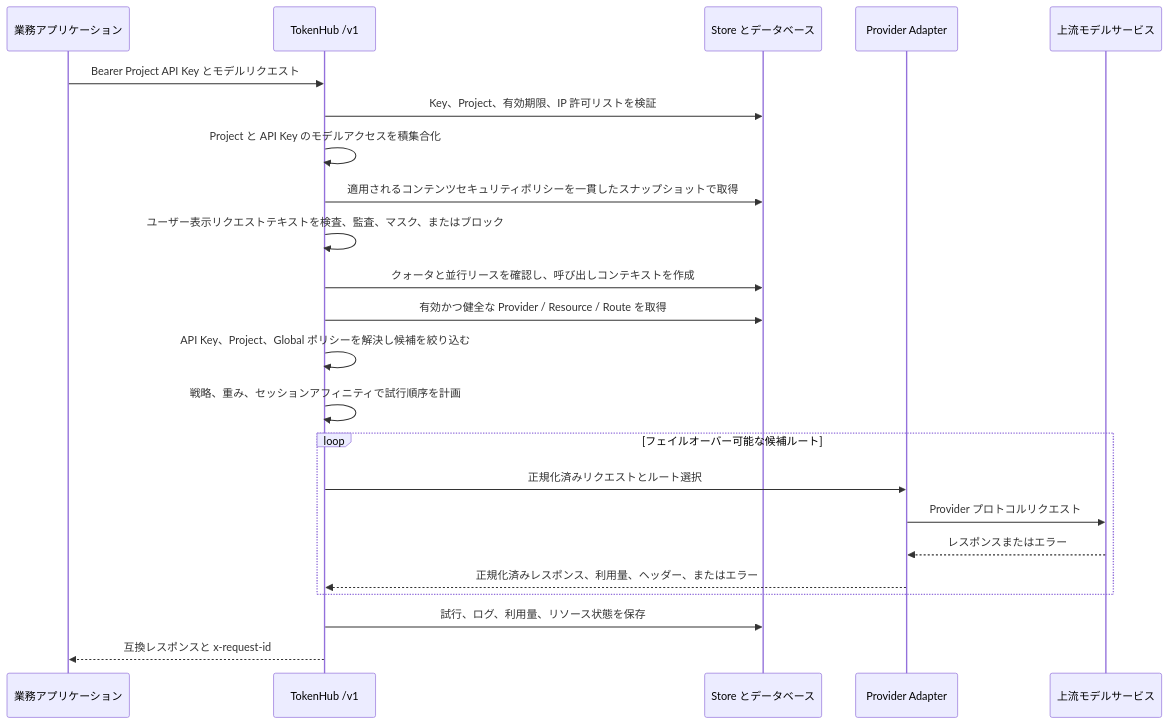
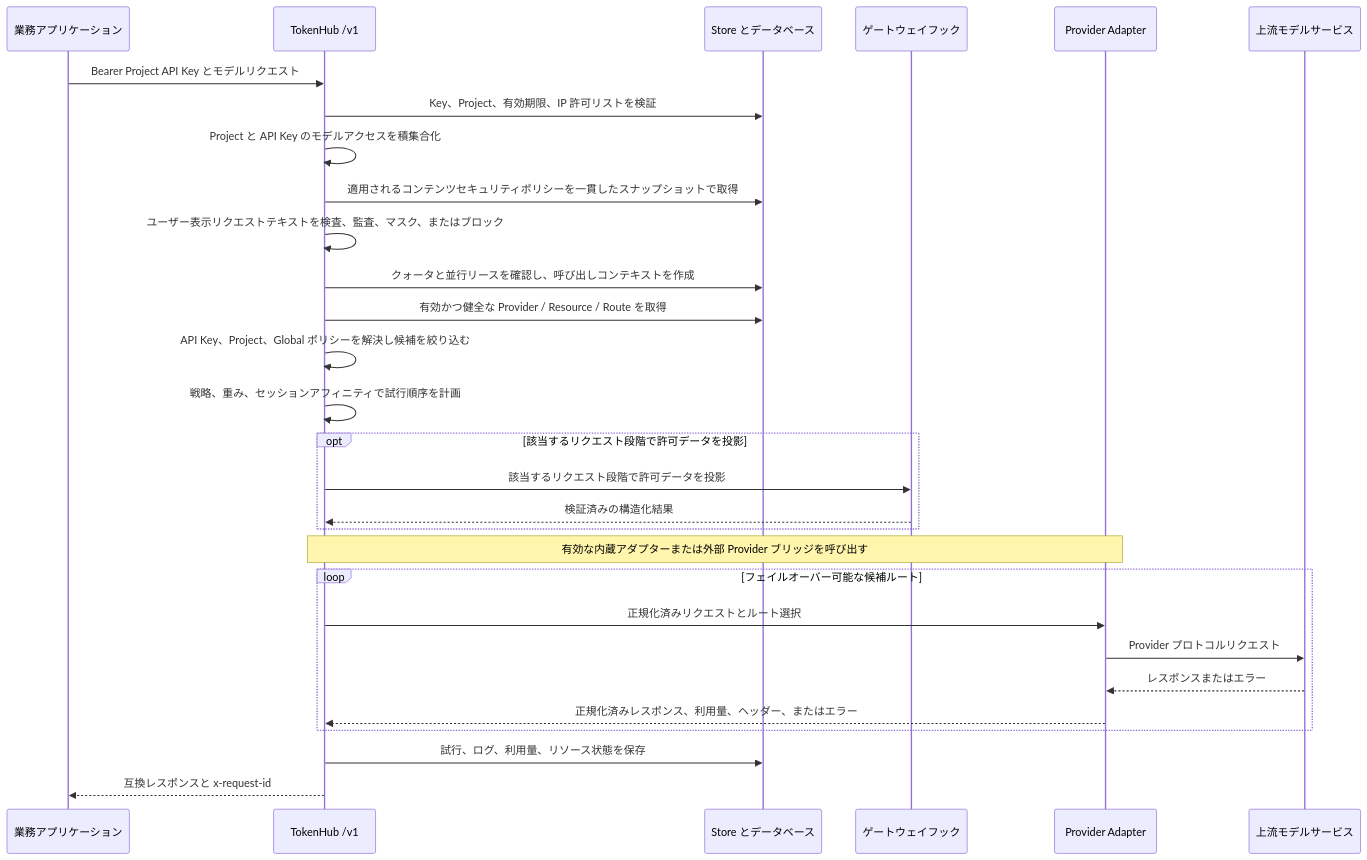
The third of 3 diagrams in docs/ja/architecture.md (astaxie/TokenHub), drawn with Mermaid before and after one commit. The commit also changed other lines of this file and 2 other files, not shown here.

Commit message:
docs: update plugin architecture overview

````diff
--- a/docs/ja/architecture.md
+++ b/docs/ja/architecture.md
@@ -119,26 +162,32 @@
 ```mermaid
 sequenceDiagram
     participant C as 業務アプリケーション
     participant G as TokenHub /v1
     participant S as Store とデータベース
+    participant H as ゲートウェイフック
     participant A as Provider Adapter
     participant U as 上流モデルサービス
 
     C->>G: Bearer Project API Key とモデルリクエスト
     G->>S: Key、Project、有効期限、IP 許可リストを検証
     G->>G: Project と API Key のモデルアクセスを積集合化
     G->>S: 適用されるコンテンツセキュリティポリシーを一貫したスナップショットで取得
     G->>G: ユーザー表示リクエストテキストを検査、監査、マスク、またはブロック
     G->>S: クォータと並行リースを確認し、呼び出しコンテキストを作成
     G->>S: 有効かつ健全な Provider / Resource / Route を取得
     G->>G: API Key、Project、Global ポリシーを解決し候補を絞り込む
     G->>G: 戦略、重み、セッションアフィニティで試行順序を計画
+    opt 該当するリクエスト段階で許可データを投影
+        G->>H: 該当するリクエスト段階で許可データを投影
+        H-->>G: 検証済みの構造化結果
+    end
+    Note over G,A: 有効な内蔵アダプターまたは外部 Provider ブリッジを呼び出す
     loop フェイルオーバー可能な候補ルート
         G->>A: 正規化済みリクエストとルート選択
         A->>U: Provider プロトコルリクエスト
         U-->>A: レスポンスまたはエラー
         A-->>G: 正規化済みレスポンス、利用量、ヘッダー、またはエラー
     end
     G->>S: 試行、ログ、利用量、リソース状態を保存
     G-->>C: 互換レスポンスと x-request-id
 ```
````
